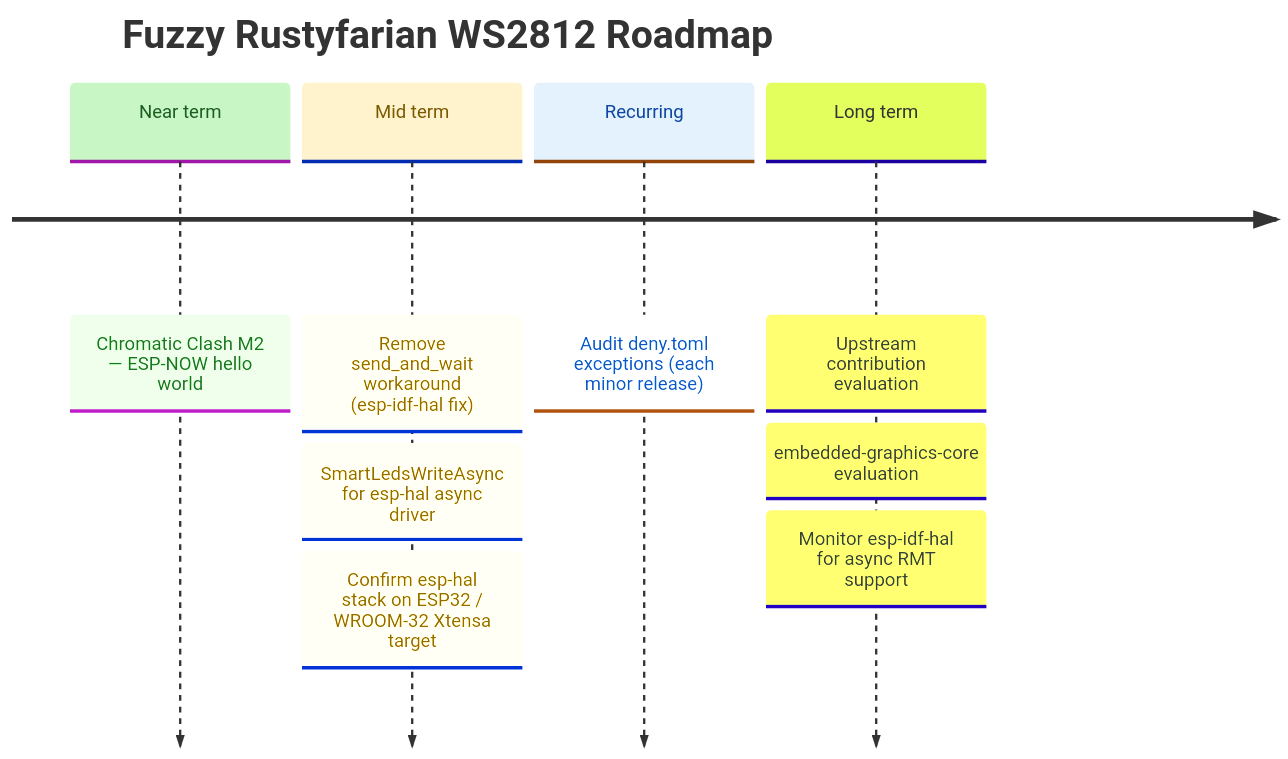
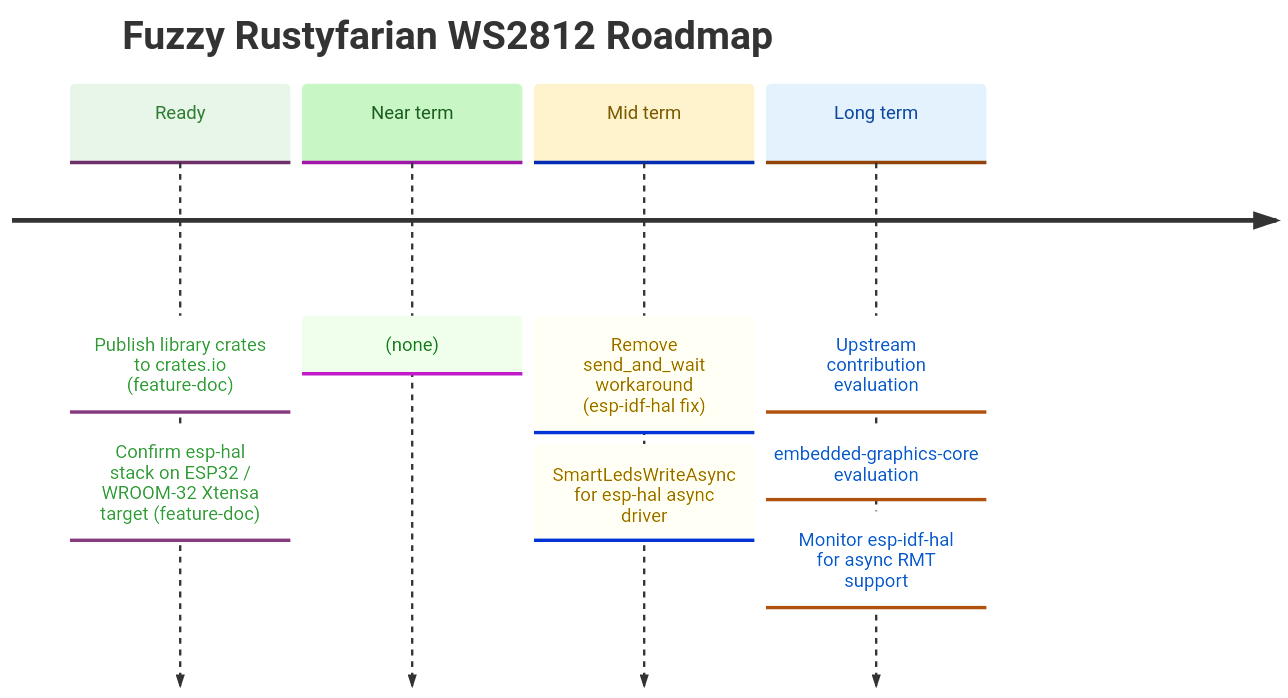
The diagram in docs/ROADMAP.md (datenkollektiv/rustyfarian-ws2812), drawn with Mermaid before and after one commit. The commit also changed other lines of this file and 5 other files, not shown here.

````diff
--- a/docs/ROADMAP.md
+++ b/docs/ROADMAP.md
@@ -13,28 +15,30 @@
 ```mermaid
 %%{init: {
   "theme": "base",
   "themeVariables": {
-    "cScale0": "#c8f7c5",
-    "cScaleLabel0": "#1b5e20",
-    "cScale1": "#fff3cd",
-    "cScaleLabel1": "#7a5a00",
-    "cScale2": "#e3f2fd",
-    "cScaleLabel2": "#0d47a1"
+    "cScale0": "#e8f5e9",
+    "cScaleLabel0": "#2e7d32",
+    "cScale1": "#c8f7c5",
+    "cScaleLabel1": "#1b5e20",
+    "cScale2": "#fff3cd",
+    "cScaleLabel2": "#7a5a00",
+    "cScale3": "#e3f2fd",
+    "cScaleLabel3": "#0d47a1"
   }
 }}%%
 
 timeline
     title Fuzzy Rustyfarian WS2812 Roadmap
 
-    Near term : Chromatic Clash M2 — ESP-NOW hello world
+    Ready     : Publish library crates to crates.io (feature-doc)
+              : Confirm esp-hal stack on ESP32 / WROOM-32 Xtensa target (feature-doc)
+
+    Near term : (none)
 
     Mid term  : Remove send_and_wait workaround (esp-idf-hal fix)
               : SmartLedsWriteAsync for esp-hal async driver
-              : Confirm esp-hal stack on ESP32 / WROOM-32 Xtensa target
-
-    Recurring : Audit deny.toml exceptions (each minor release)
 
     Long term : Upstream contribution evaluation
               : embedded-graphics-core evaluation
               : Monitor esp-idf-hal for async RMT support
 ```
````
